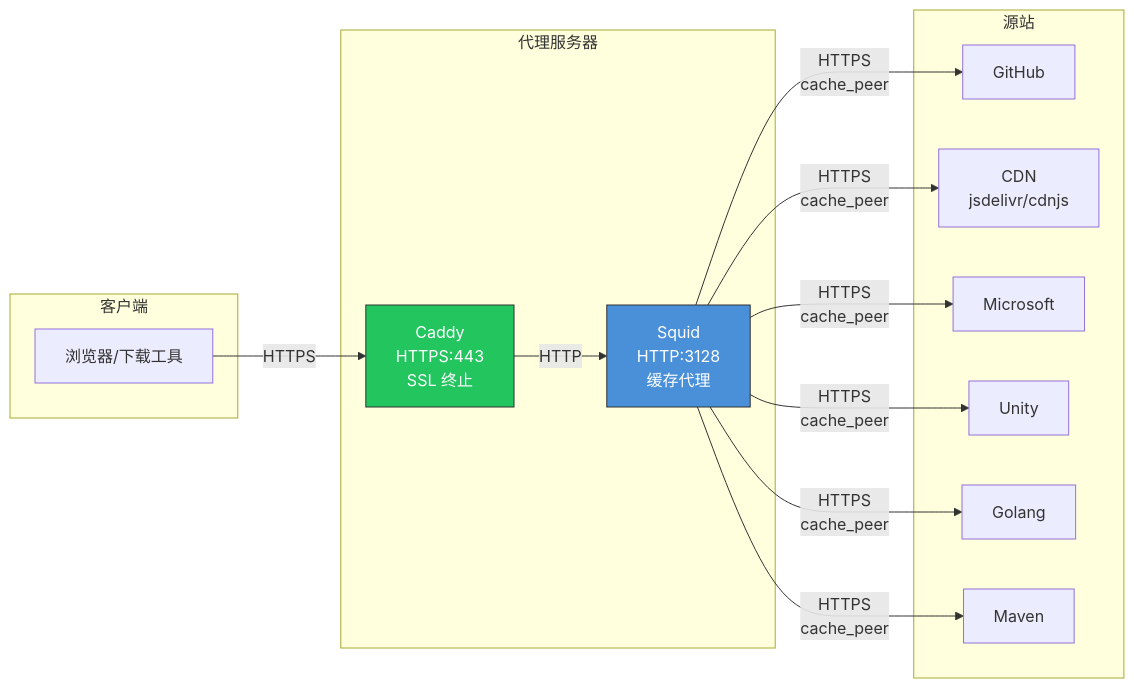
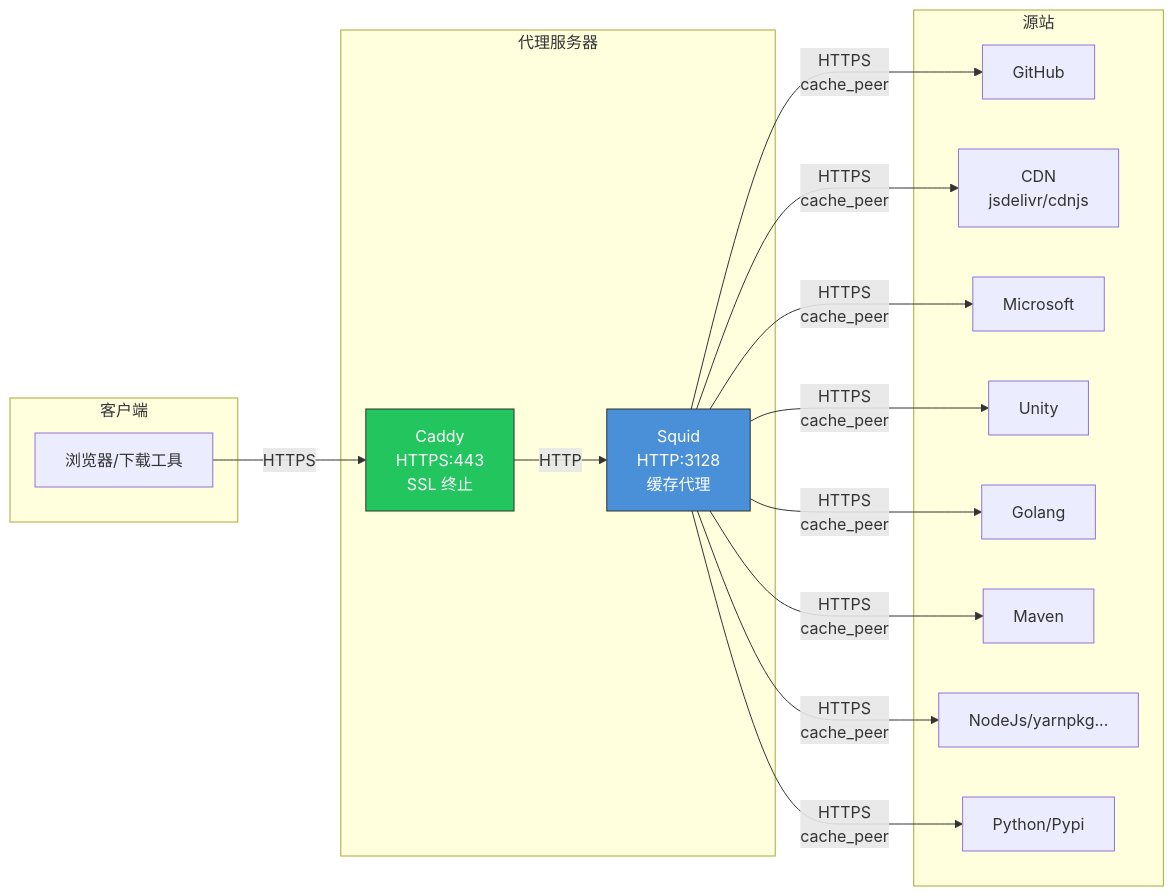
One commit to owent/docker-setup changed the diagram in setup-router/squid/README.md. Above: the diagram before and after it, drawn with Mermaid. The commit also changed other lines of this file and 1 other file, not shown here.

````diff
--- a/setup-router/squid/README.md
+++ b/setup-router/squid/README.md
@@ -5,32 +5,36 @@
 ```mermaid
 flowchart LR
     subgraph 客户端
         C[浏览器/下载工具]
     end
     
     subgraph 代理服务器
         Caddy[Caddy<br/>HTTPS:443<br/>SSL 终止]
         Squid[Squid<br/>HTTP:3128<br/>缓存代理]
     end
     
     subgraph 源站
         GH[GitHub]
         CDN[CDN<br/>jsdelivr/cdnjs]
         MS[Microsoft]
         Unity[Unity]
         Go[Golang]
         Maven[Maven]
+        NodeJs[NodeJs/yarnpkg...]
+        Python[Python/Pypi]
     end
     
     C -->|HTTPS| Caddy
     Caddy -->|HTTP| Squid
     Squid -->|HTTPS<br/>cache_peer| GH
     Squid -->|HTTPS<br/>cache_peer| CDN
     Squid -->|HTTPS<br/>cache_peer| MS
     Squid -->|HTTPS<br/>cache_peer| Unity
     Squid -->|HTTPS<br/>cache_peer| Go
     Squid -->|HTTPS<br/>cache_peer| Maven
+    Squid -->|HTTPS<br/>cache_peer| NodeJs
+    Squid -->|HTTPS<br/>cache_peer| Python
     
     style Squid fill:#4a90d9,stroke:#333,color:#fff
     style Caddy fill:#22c55e,stroke:#333,color:#fff
 ```
````
